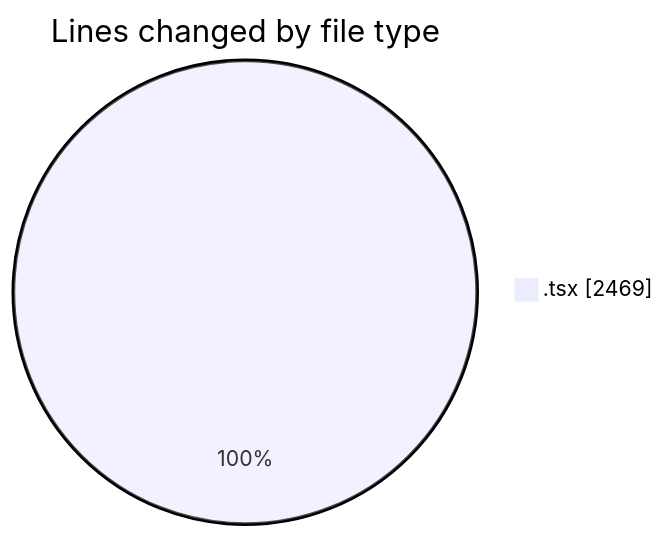
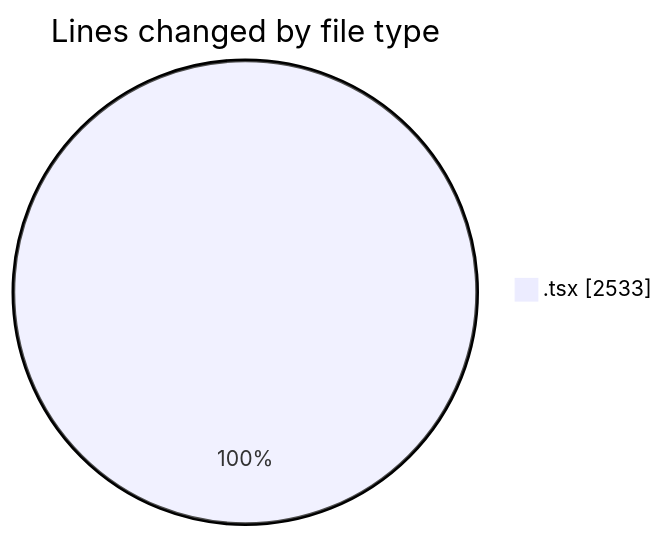
The first of 2 diagrams in 2026-02-21/nxtqube_webapp/README.md (nxtqubesakshisongat/code-tracking), drawn with Mermaid before and after one commit. The commit also changed other lines of this file and 1 other file, not shown here.

````diff
--- a/2026-02-21/nxtqube_webapp/README.md
+++ b/2026-02-21/nxtqube_webapp/README.md
@@ -20,5 +20,5 @@
 ```mermaid
 pie showData
 title Lines changed by file type
-".tsx" : 2469
+".tsx" : 2533
 ```
````
